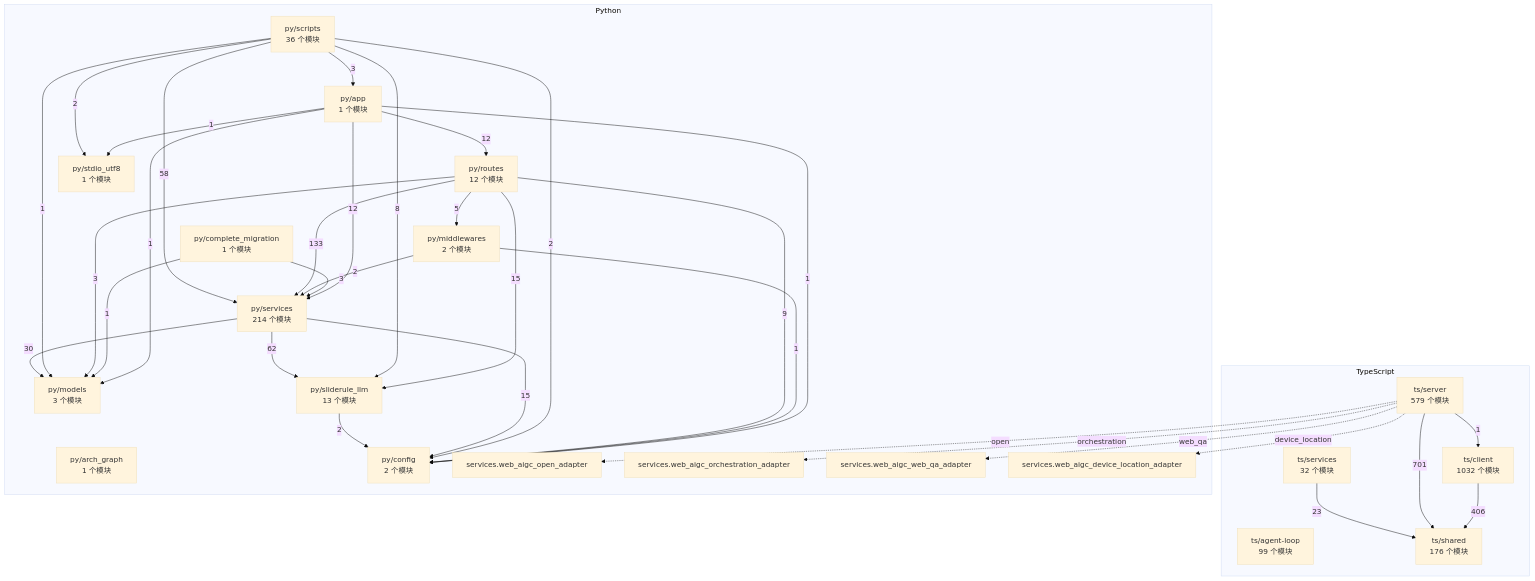
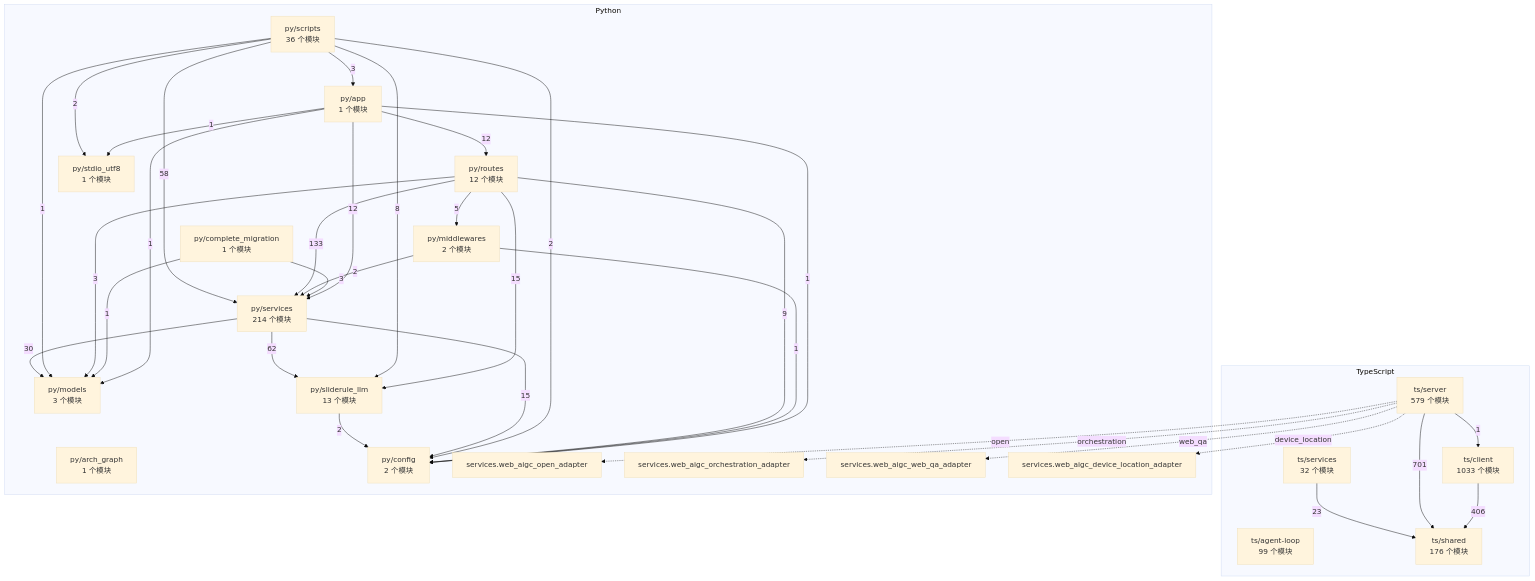
The diagram in docs/WhyBuddy 全仓架构图（自动生成）.md (2686521696/WhyBuddy), drawn with Mermaid (base theme) before and after one commit. The commit also changed 5 other files, not shown here.

````diff
--- a/docs/WhyBuddy 全仓架构图（自动生成）.md
+++ b/docs/WhyBuddy 全仓架构图（自动生成）.md
@@ -14,59 +14,59 @@
 ```mermaid
 flowchart TB
   subgraph ts [TypeScript]
     ts_agent_loop["ts/agent-loop<br/>99 个模块"]
-    ts_client["ts/client<br/>1032 个模块"]
+    ts_client["ts/client<br/>1033 个模块"]
     ts_server["ts/server<br/>579 个模块"]
     ts_services["ts/services<br/>32 个模块"]
     ts_shared["ts/shared<br/>176 个模块"]
   end
   subgraph py [Python]
     py_app["py/app<br/>1 个模块"]
     py_arch_graph["py/arch_graph<br/>1 个模块"]
     py_complete_migration["py/complete_migration<br/>1 个模块"]
     py_config["py/config<br/>2 个模块"]
     py_middlewares["py/middlewares<br/>2 个模块"]
     py_models["py/models<br/>3 个模块"]
     py_routes["py/routes<br/>12 个模块"]
     py_scripts["py/scripts<br/>36 个模块"]
     py_services["py/services<br/>214 个模块"]
     py_sliderule_llm["py/sliderule_llm<br/>13 个模块"]
     py_stdio_utf8["py/stdio_utf8<br/>1 个模块"]
     py_services_web_aigc_open_adapter["services.web_aigc_open_adapter"]
     py_services_web_aigc_orchestration_adapter["services.web_aigc_orchestration_adapter"]
     py_services_web_aigc_web_qa_adapter["services.web_aigc_web_qa_adapter"]
     py_services_web_aigc_device_location_adapter["services.web_aigc_device_location_adapter"]
   end
   ts_client -->|406| ts_shared
   ts_server -->|1| ts_client
   ts_server -->|701| ts_shared
   ts_services -->|23| ts_shared
   py_app -->|1| py_config
   py_app -->|1| py_models
   py_app -->|12| py_routes
   py_app -->|12| py_services
   py_app -->|1| py_stdio_utf8
   py_complete_migration -->|1| py_models
   py_complete_migration -->|3| py_services
   py_middlewares -->|1| py_config
   py_middlewares -->|2| py_services
   py_routes -->|9| py_config
   py_routes -->|5| py_middlewares
   py_routes -->|3| py_models
   py_routes -->|133| py_services
   py_routes -->|15| py_sliderule_llm
   py_scripts -->|3| py_app
   py_scripts -->|2| py_config
   py_scripts -->|1| py_models
   py_scripts -->|58| py_services
   py_scripts -->|8| py_sliderule_llm
   py_scripts -->|2| py_stdio_utf8
   py_services -->|15| py_config
   py_services -->|30| py_models
   py_services -->|62| py_sliderule_llm
   py_sliderule_llm -->|2| py_config
   ts_server -.->|open| py_services_web_aigc_open_adapter
   ts_server -.->|orchestration| py_services_web_aigc_orchestration_adapter
   ts_server -.->|web_qa| py_services_web_aigc_web_qa_adapter
   ts_server -.->|device_location| py_services_web_aigc_device_location_adapter
 ```
````
